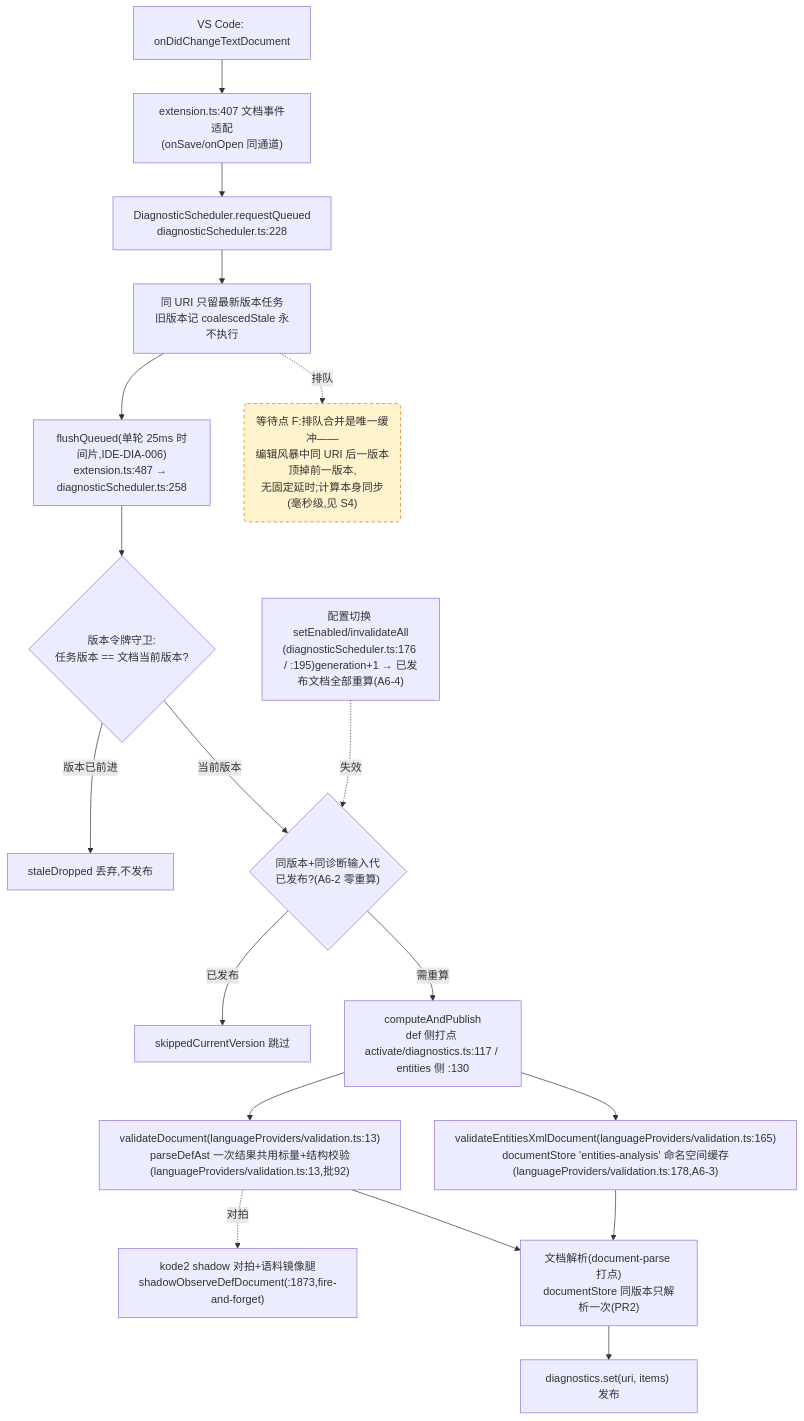
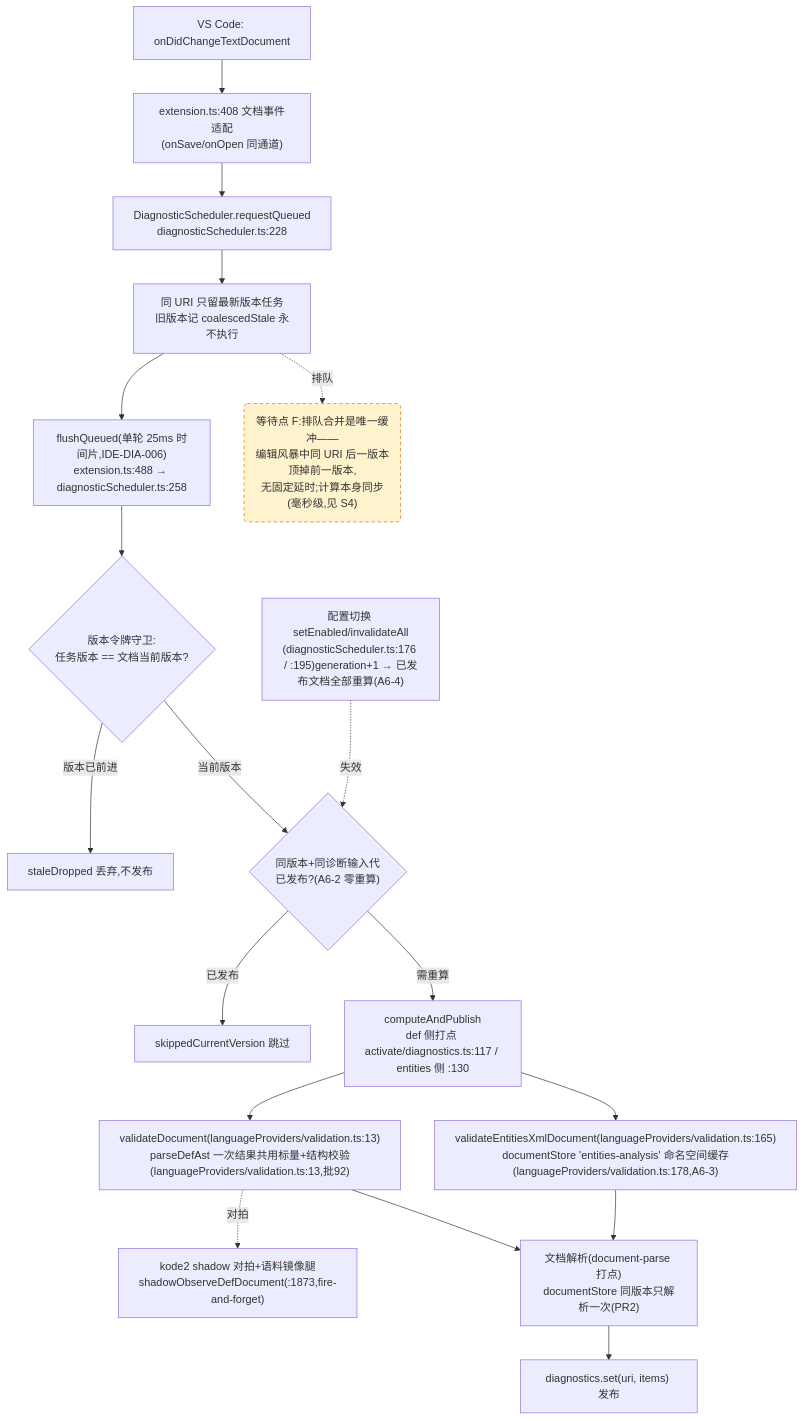
The fourth of 4 diagrams in docs/perf/2026-baseline.md (cuihairu/kode), drawn with Mermaid before and after one commit. The commit also changed 5 other files, not shown here.

````diff
--- a/docs/perf/2026-baseline.md
+++ b/docs/perf/2026-baseline.md
@@ -214,38 +214,38 @@
 ```mermaid
 flowchart TD
   CHG["VS Code: onDidChangeTextDocument"]
-  WATCH["extension.ts:407 文档事件适配<br/>(onSave/onOpen 同通道)"]
+  WATCH["extension.ts:408 文档事件适配<br/>(onSave/onOpen 同通道)"]
   RQ["DiagnosticScheduler.requestQueued<br/>diagnosticScheduler.ts:228"]
   CO["同 URI 只留最新版本任务<br/>旧版本记 coalescedStale 永不执行"]
-  FL["flushQueued(单轮 25ms 时间片,IDE-DIA-006)<br/>extension.ts:487 → diagnosticScheduler.ts:258"]
+  FL["flushQueued(单轮 25ms 时间片,IDE-DIA-006)<br/>extension.ts:488 → diagnosticScheduler.ts:258"]
   VG{"版本令牌守卫:<br/>任务版本 == 文档当前版本?"}
   DROP["staleDropped 丢弃,不发布"]
   GEN{"同版本+同诊断输入代<br/>已发布?(A6-2 零重算)"}
   SKIP["skippedCurrentVersion 跳过"]
   CALC["computeAndPublish<br/>def 侧打点 activate/diagnostics.ts:117 / entities 侧 :130"]
   VD["validateDocument(languageProviders/validation.ts:13)<br/>parseDefAst 一次结果共用标量+结构校验(languageProviders/validation.ts:13,批92)"]
   VEX["validateEntitiesXmlDocument(languageProviders/validation.ts:165)<br/>documentStore 'entities-analysis' 命名空间缓存(languageProviders/validation.ts:178,A6-3)"]
   SHDD["kode2 shadow 对拍+语料镜像腿<br/>shadowObserveDefDocument(:1873,fire-and-forget)"]
   DS["文档解析(document-parse 打点)<br/>documentStore 同版本只解析一次(PR2)"]
   PUB["diagnostics.set(uri, items) 发布"]
   CFG2["配置切换 setEnabled/invalidateAll<br/>(diagnosticScheduler.ts:176 / :195)generation+1 → 已发布文档全部重算(A6-4)"]
 
   CHG --> WATCH --> RQ --> CO --> FL --> VG
   VG -- "版本已前进" --> DROP
   VG -- "当前版本" --> GEN
   GEN -- "已发布" --> SKIP
   GEN -- "需重算" --> CALC
   CALC --> VD
   CALC --> VEX
   VD --> DS
   VEX --> DS
   DS --> PUB
   VD -.->|对拍| SHDD
   CFG2 -.->|失效| GEN
 
   WAITF("等待点 F:排队合并是唯一缓冲——<br/>编辑风暴中同 URI 后一版本顶掉前一版本,<br/>无固定延时;计算本身同步(毫秒级,见 S4)")
   CO -.->|排队| WAITF
 
   classDef waitPoint fill:#fff3cd,stroke:#d97706,stroke-dasharray:5 4;
   class WAITF waitPoint;
 ```
````
